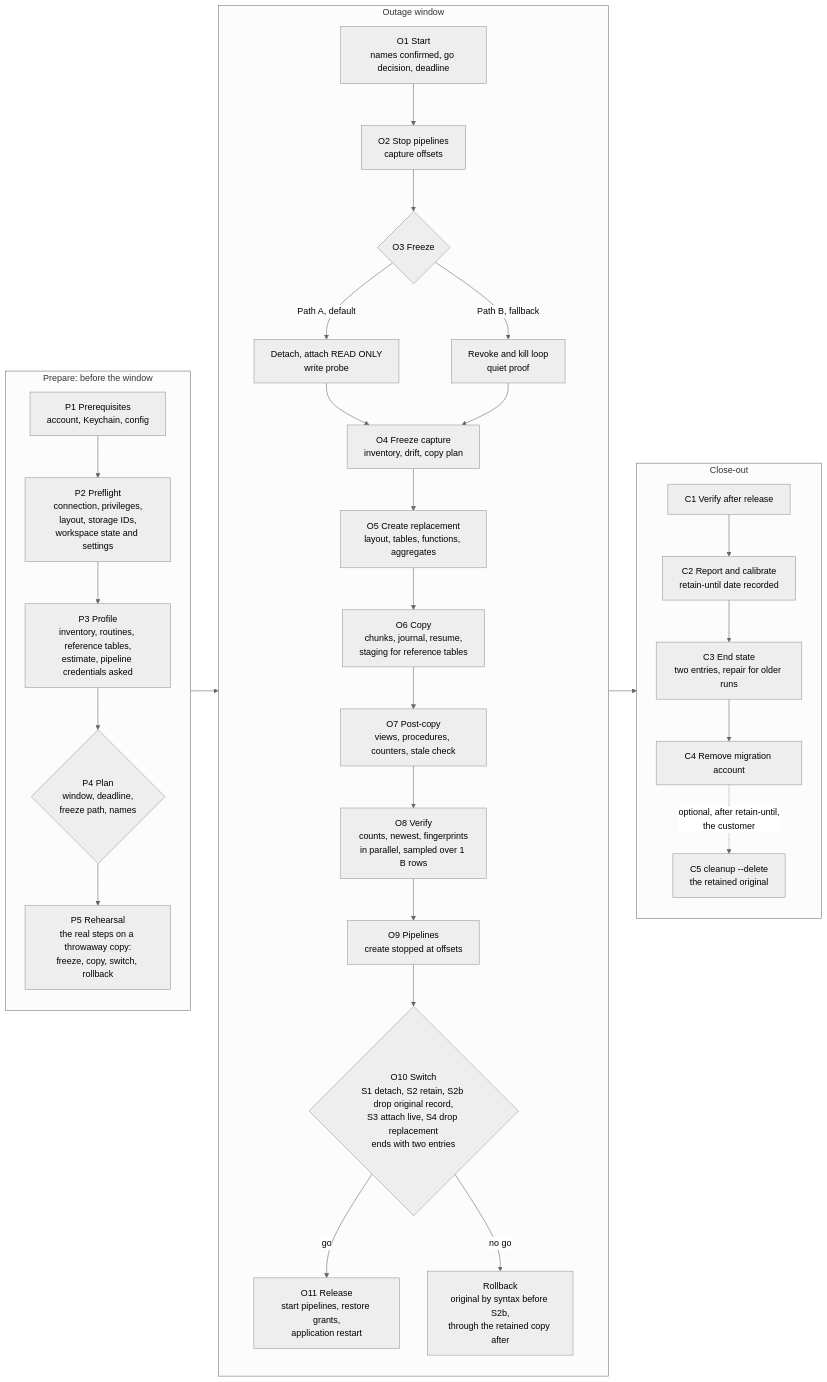
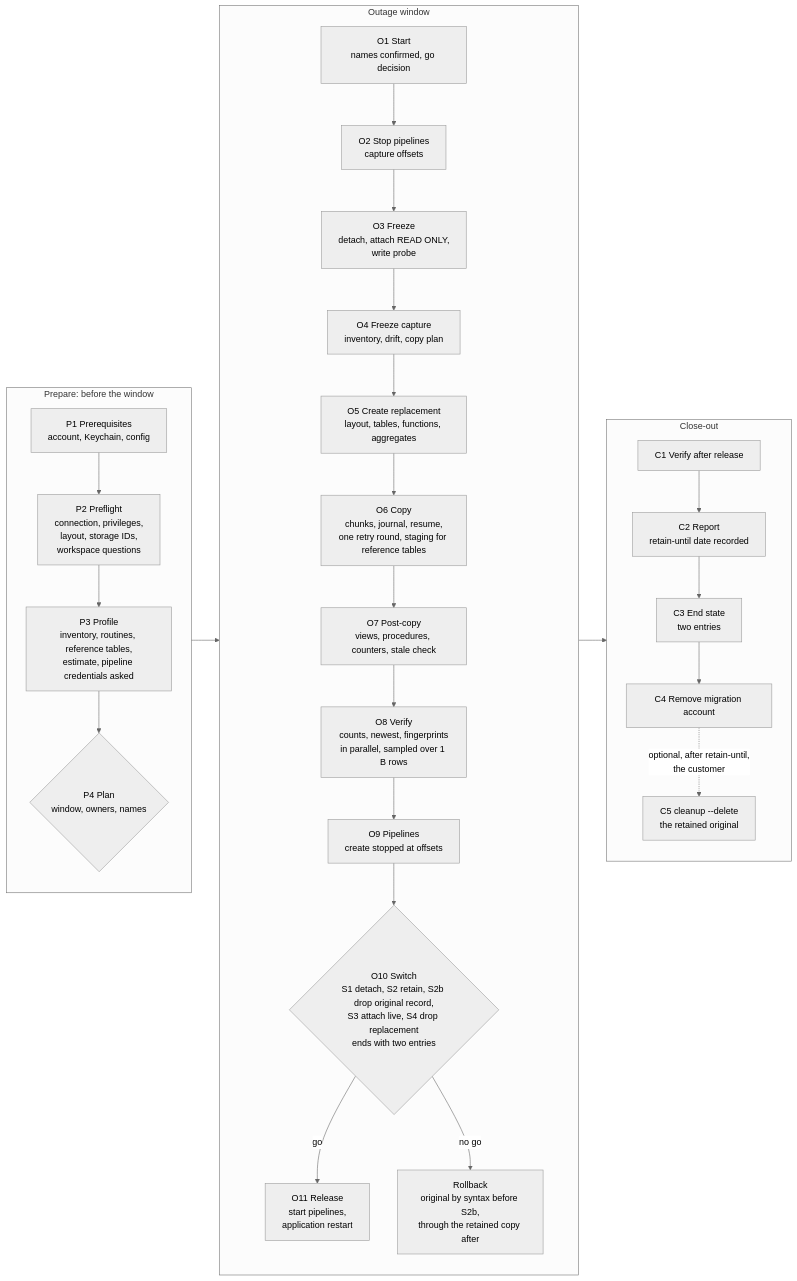
The diagram in docs/flow.mmd (jmbergamini/singlestore_replicator), drawn with Mermaid (neutral theme) before and after one commit. The commit also changed 61 other files, not shown here.

```diff
--- a/docs/flow.mmd
+++ b/docs/flow.mmd
@@ -1,34 +1,30 @@
 flowchart LR
   subgraph P[Prepare: before the window]
     direction TB
-    P1[P1 Prerequisites<br/>account, Keychain, config] --> P2[P2 Preflight<br/>connection, privileges,<br/>layout, storage IDs,<br/>workspace state and settings]
+    P1[P1 Prerequisites<br/>account, Keychain, config] --> P2[P2 Preflight<br/>connection, privileges,<br/>layout, storage IDs,<br/>workspace questions]
     P2 --> P3[P3 Profile<br/>inventory, routines, reference tables,<br/>estimate, pipeline credentials asked]
-    P3 --> P4{P4 Plan<br/>window, deadline,<br/>freeze path, names}
-    P4 --> P5[P5 Rehearsal<br/>the real steps on a throwaway copy:<br/>freeze, copy, switch, rollback]
+    P3 --> P4{P4 Plan<br/>window, owners, names}
   end
   subgraph O[Outage window]
     direction TB
-    O1[O1 Start<br/>names confirmed, go decision, deadline] --> O2[O2 Stop pipelines<br/>capture offsets]
-    O2 --> O3{O3 Freeze}
-    O3 -->|Path A, default| O3A[Detach, attach READ ONLY<br/>write probe]
-    O3 -->|Path B, fallback| O3B[Revoke and kill loop<br/>quiet proof]
-    O3A --> O4[O4 Freeze capture<br/>inventory, drift, copy plan]
-    O3B --> O4
+    O1[O1 Start<br/>names confirmed, go decision] --> O2[O2 Stop pipelines<br/>capture offsets]
+    O2 --> O3[O3 Freeze<br/>detach, attach READ ONLY,<br/>write probe]
+    O3 --> O4[O4 Freeze capture<br/>inventory, drift, copy plan]
     O4 --> O5[O5 Create replacement<br/>layout, tables, functions, aggregates]
-    O5 --> O6[O6 Copy<br/>chunks, journal, resume,<br/>staging for reference tables]
+    O5 --> O6[O6 Copy<br/>chunks, journal, resume,<br/>one retry round, staging for reference tables]
     O6 --> O7[O7 Post-copy<br/>views, procedures, counters, stale check]
     O7 --> O8[O8 Verify<br/>counts, newest, fingerprints<br/>in parallel, sampled over 1 B rows]
     O8 --> O9[O9 Pipelines<br/>create stopped at offsets]
     O9 --> O10{O10 Switch<br/>S1 detach, S2 retain, S2b drop original record,<br/>S3 attach live, S4 drop replacement<br/>ends with two entries}
-    O10 -->|go| O11[O11 Release<br/>start pipelines, restore grants,<br/>application restart]
+    O10 -->|go| O11[O11 Release<br/>start pipelines,<br/>application restart]
     O10 -->|no go| RB[Rollback<br/>original by syntax before S2b,<br/>through the retained copy after]
   end
   subgraph C[Close-out]
     direction TB
-    C1[C1 Verify after release] --> C2[C2 Report and calibrate<br/>retain-until date recorded]
-    C2 --> C3[C3 End state<br/>two entries, repair for older runs]
+    C1[C1 Verify after release] --> C2[C2 Report<br/>retain-until date recorded]
+    C2 --> C3[C3 End state<br/>two entries]
     C3 --> C4[C4 Remove migration account]
     C4 -.->|optional, after retain-until,<br/>the customer| C5[C5 cleanup --delete<br/>the retained original]
   end
-  P5 --> O1
+  P4 --> O1
   O11 --> C1
```
